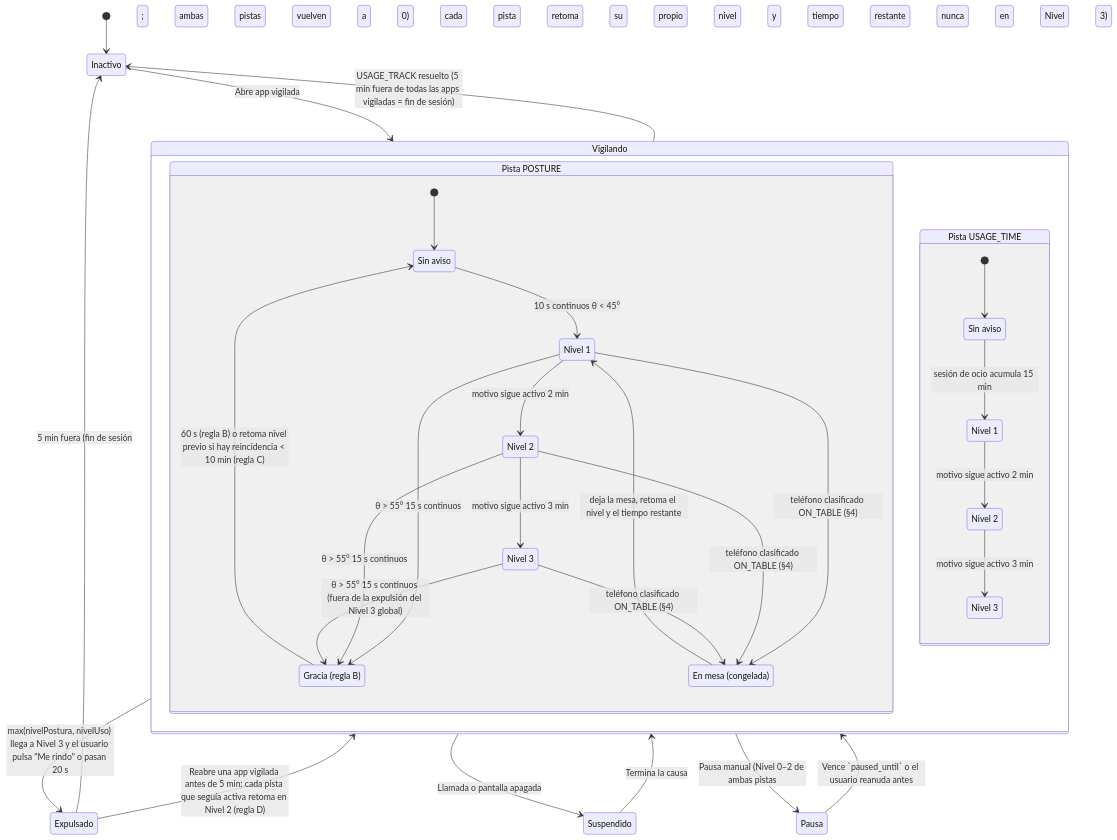
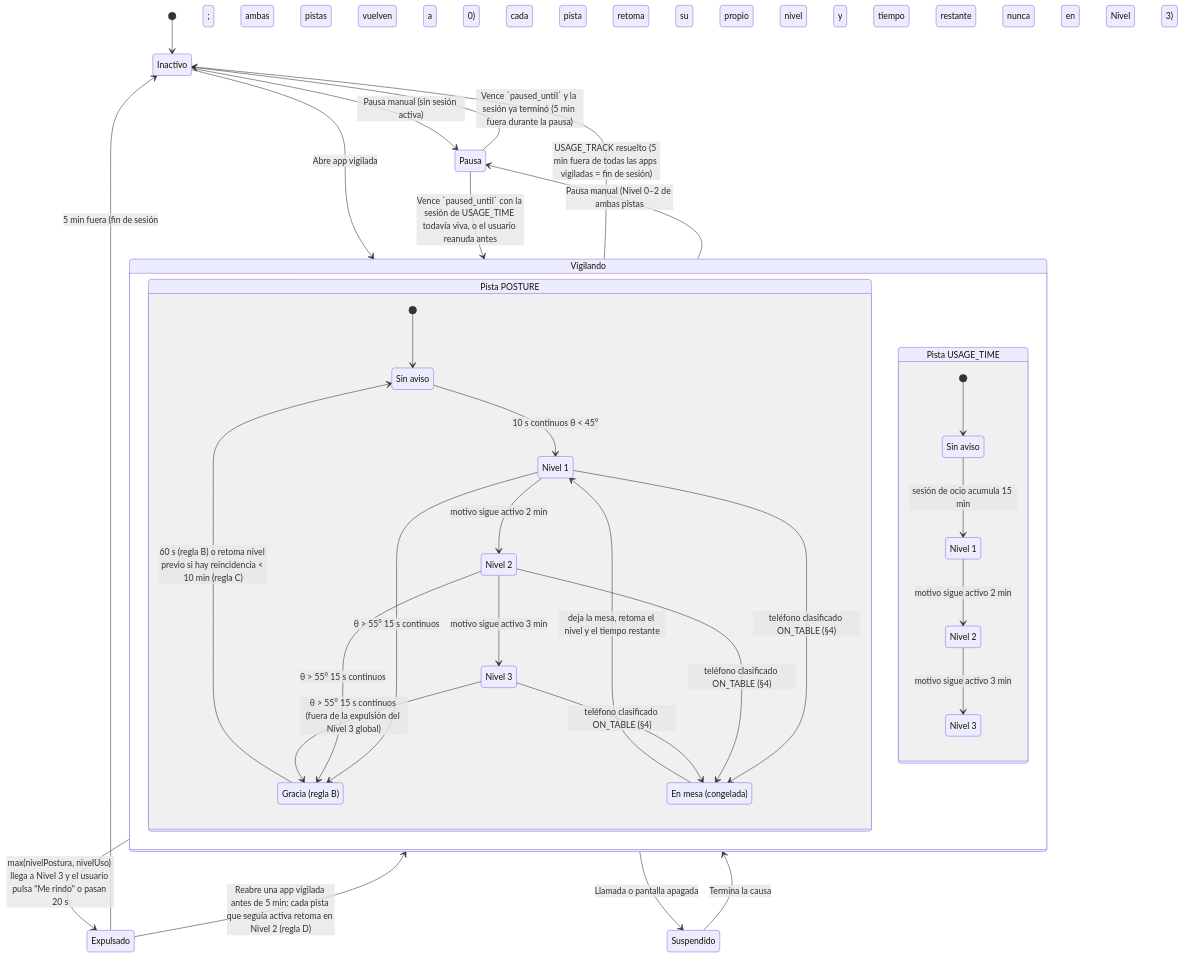
The first of 4 diagrams in likkapet_documentacion.md (SoFzzz/Likka-Pet), drawn with Mermaid before and after one commit. The commit also changed other lines of this file and 1 other file, not shown here.

````diff
--- a/likkapet_documentacion.md
+++ b/likkapet_documentacion.md
@@ -107,50 +107,52 @@
 ```mermaid
 stateDiagram-v2
     state "Inactivo" as IDLE
     state "Vigilando" as WATCHING {
         state "Pista POSTURE" as POSTURE_TRACK {
             state "Sin aviso" as P0
             state "Nivel 1" as P1
             state "Nivel 2" as P2
             state "Nivel 3" as P3
             state "Gracia (regla B)" as PGRACE
             state "En mesa (congelada)" as PTABLE
             [*] --> P0
             P0 --> P1: 10 s continuos θ < 45°
             P1 --> P2: motivo sigue activo 2 min
             P2 --> P3: motivo sigue activo 3 min
             P1 --> PGRACE: θ > 55° 15 s continuos
             P2 --> PGRACE: θ > 55° 15 s continuos
             P3 --> PGRACE: θ > 55° 15 s continuos (fuera de la expulsión del Nivel 3 global)
             PGRACE --> P0: 60 s (regla B) o retoma nivel previo si hay reincidencia < 10 min (regla C)
             P1 --> PTABLE: teléfono clasificado ON_TABLE (§4)
             P2 --> PTABLE: teléfono clasificado ON_TABLE (§4)
             P3 --> PTABLE: teléfono clasificado ON_TABLE (§4)
             PTABLE --> P1: deja la mesa, retoma el nivel y el tiempo restante
         }
         state "Pista USAGE_TIME" as USAGE_TRACK {
             state "Sin aviso" as U0
             state "Nivel 1" as U1
             state "Nivel 2" as U2
             state "Nivel 3" as U3
             [*] --> U0
             U0 --> U1: sesión de ocio acumula 15 min
             U1 --> U2: motivo sigue activo 2 min
             U2 --> U3: motivo sigue activo 3 min
         }
     }
     state "Expulsado" as EJECTED
     state "Suspendido" as SUSPENDED
     state "Pausa" as PAUSED
 
     [*] --> IDLE
     IDLE --> WATCHING: Abre app vigilada
     WATCHING --> IDLE: USAGE_TRACK resuelto (5 min fuera de todas las apps vigiladas = fin de sesión)
     WATCHING --> EJECTED: max(nivelPostura, nivelUso) llega a Nivel 3 y el usuario pulsa "Me rindo" o pasan 20 s
     EJECTED --> WATCHING: Reabre una app vigilada antes de 5 min: cada pista que seguía activa retoma en Nivel 2 (regla D)
     EJECTED --> IDLE: 5 min fuera (fin de sesión; ambas pistas vuelven a 0)
     WATCHING --> SUSPENDED: Llamada o pantalla apagada
     SUSPENDED --> WATCHING: Termina la causa; cada pista retoma su propio nivel y tiempo restante
+    IDLE --> PAUSED: Pausa manual (sin sesión activa)
     WATCHING --> PAUSED: Pausa manual (Nivel 0–2 de ambas pistas; nunca en Nivel 3)
-    PAUSED --> WATCHING: Vence `paused_until` o el usuario reanuda antes
+    PAUSED --> WATCHING: Vence `paused_until` con la sesión de USAGE_TIME todavía viva, o el usuario reanuda antes
+    PAUSED --> IDLE: Vence `paused_until` y la sesión ya terminó (5 min fuera durante la pausa)
 ```
````
